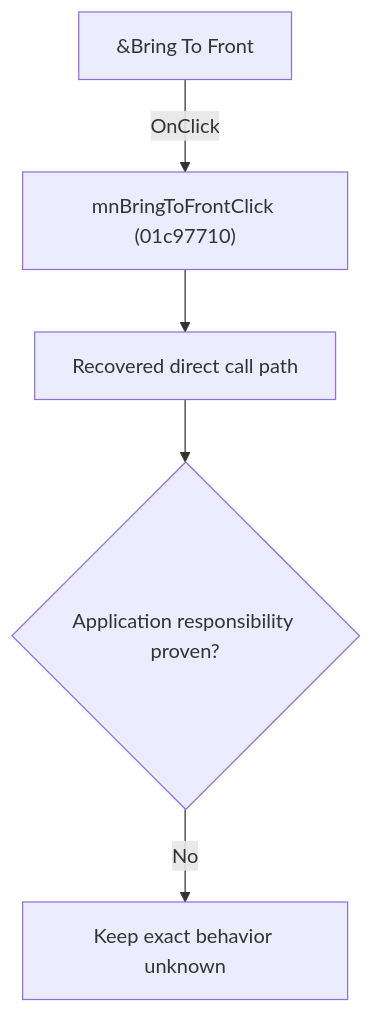
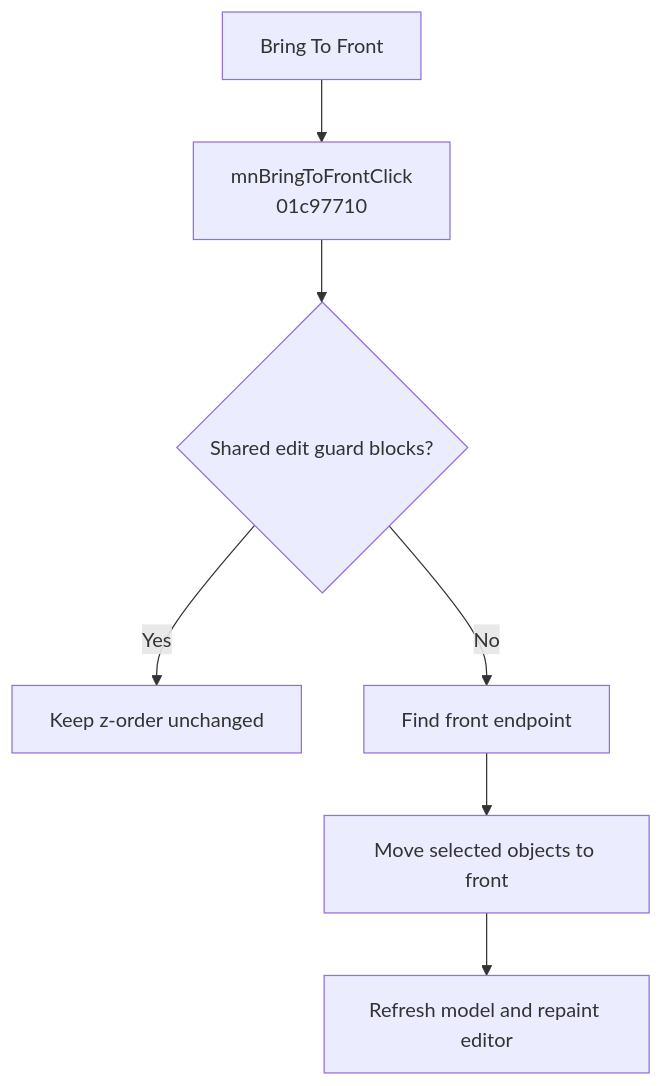
One commit to MovGP0/TIARA changed the diagram in docs/ui-controls/schematiceditor/mnbringtofront-29e0666743.md. Above: the diagram before and after it, drawn with Mermaid. The commit also changed other lines of this file and 241 other files, not shown here.

````diff
--- a/docs/ui-controls/schematiceditor/mnbringtofront-29e0666743.md
+++ b/docs/ui-controls/schematiceditor/mnbringtofront-29e0666743.md
@@ -27,7 +29,9 @@
 ```mermaid
 flowchart TD
-    control["&Bring To Front"] -->|"OnClick"| handler["mnBringToFrontClick (01c97710)"]
-    handler --> recovered["Recovered direct call path"]
-    recovered --> gap{"Application responsibility proven?"}
-    gap -->|"No"| blocked["Keep exact behavior unknown"]
+    control["Bring To Front"] --> handler["mnBringToFrontClick<br/>01c97710"]
+    handler --> guard{"Shared edit guard blocks?"}
+    guard -->|"Yes"| noOp["Keep z-order unchanged"]
+    guard -->|"No"| endpoint["Find front endpoint"]
+    endpoint --> reorder["Move selected objects to front"]
+    reorder --> refresh["Refresh model and repaint editor"]
 ```
````
